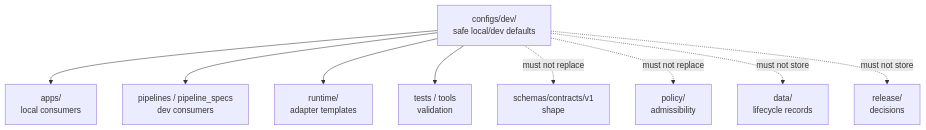
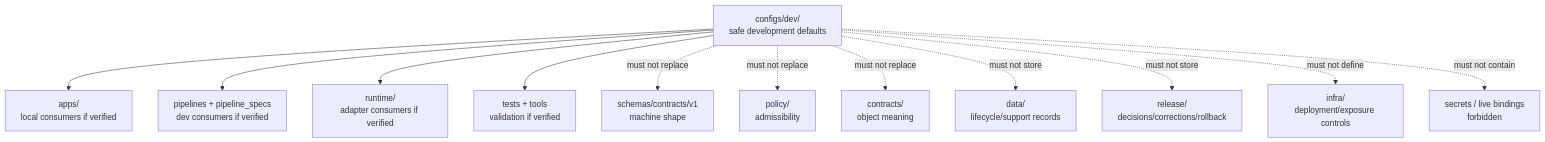
One commit to bartytime4life/Kansas-Frontier-Matrix changed the diagram in configs/dev/README.md. Above: the diagram before and after it, drawn with Mermaid. The commit also changed other lines of this file, not shown here.

Commit message:
docs: update configs dev readme

````diff
--- a/configs/dev/README.md
+++ b/configs/dev/README.md
@@ -172,11 +295,15 @@
 ```mermaid
 flowchart TD
-    dev["configs/dev/\nsafe local/dev defaults"] --> apps["apps/\nlocal consumers"]
-    dev --> pipelines["pipelines / pipeline_specs\ndev consumers"]
-    dev --> runtime["runtime/\nadapter templates"]
-    dev --> tests["tests / tools\nvalidation"]
-    dev -. "must not replace" .-> schemas["schemas/contracts/v1\nshape"]
-    dev -. "must not replace" .-> policy["policy/\nadmissibility"]
-    dev -. "must not store" .-> data["data/\nlifecycle records"]
-    dev -. "must not store" .-> release["release/\ndecisions"]
+    dev["configs/dev/<br/>safe development defaults"] --> apps["apps/<br/>local consumers if verified"]
+    dev --> pipes["pipelines + pipeline_specs<br/>dev consumers if verified"]
+    dev --> runtime["runtime/<br/>adapter consumers if verified"]
+    dev --> tests["tests + tools<br/>validation if verified"]
+
+    dev -. "must not replace" .-> schemas["schemas/contracts/v1<br/>machine shape"]
+    dev -. "must not replace" .-> policy["policy/<br/>admissibility"]
+    dev -. "must not replace" .-> contracts["contracts/<br/>object meaning"]
+    dev -. "must not store" .-> data["data/<br/>lifecycle/support records"]
+    dev -. "must not store" .-> release["release/<br/>decisions/corrections/rollback"]
+    dev -. "must not define" .-> infra["infra/<br/>deployment/exposure controls"]
+    dev -. "must not contain" .-> secrets["secrets / live bindings<br/>forbidden"]
 ```
````
